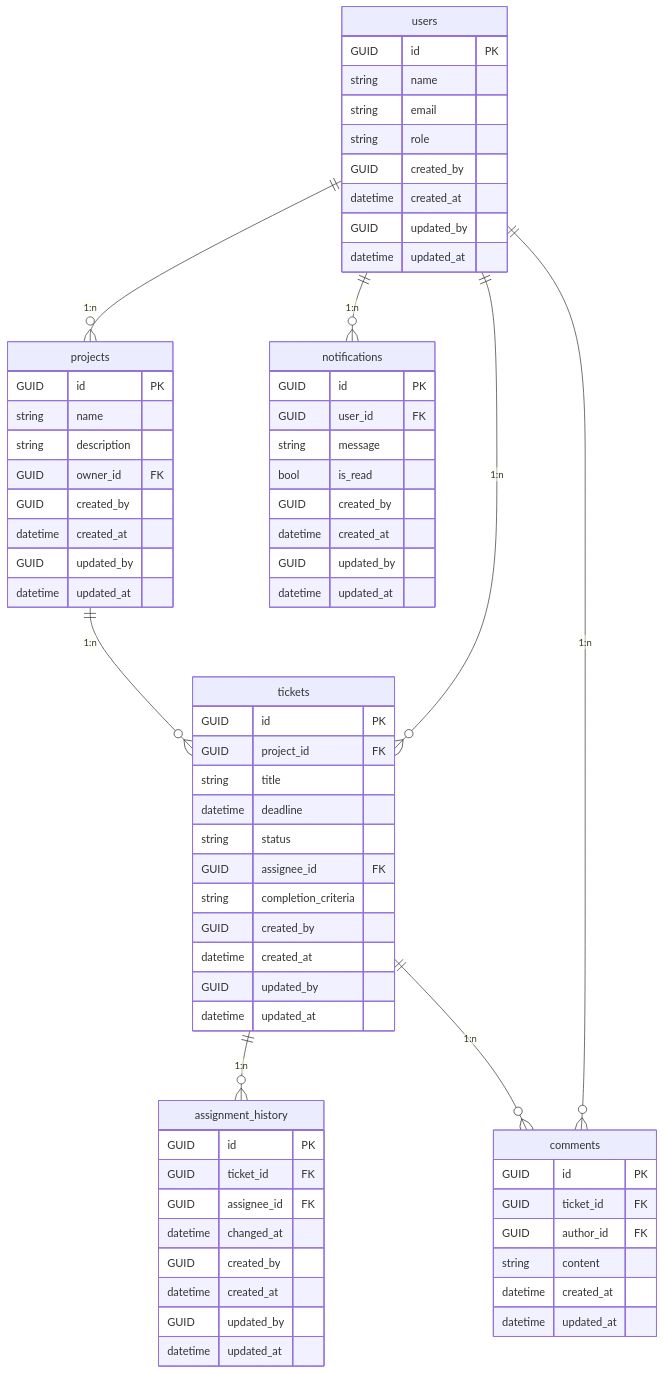
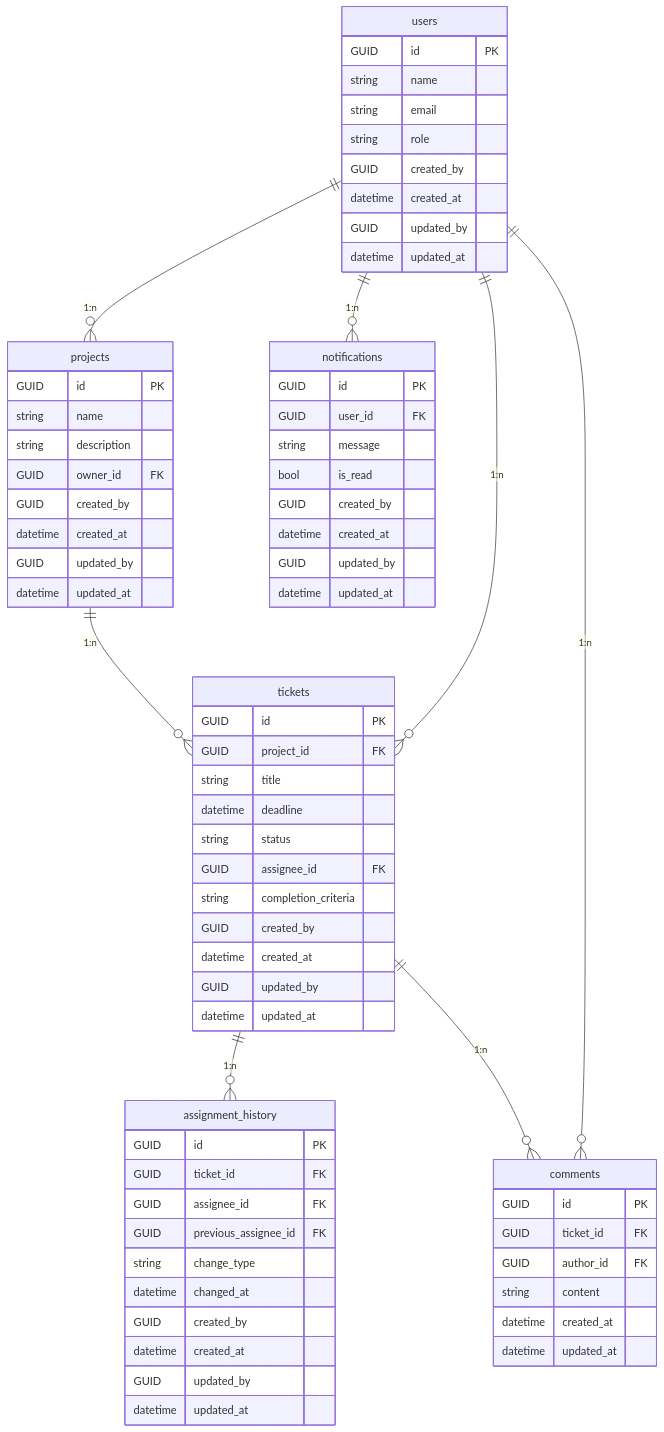
One commit to kuairen-227/pm-app-docs changed the diagram in 02.design/er-diagram.md. Above: the diagram before and after it, drawn with Mermaid. The commit also changed 1 other file, not shown here.

Commit message:
fix(design): :bug: アサイン履歴を監査ログ的な形に修正

````diff
--- a/02.design/er-diagram.md
+++ b/02.design/er-diagram.md
@@ -3,72 +3,74 @@
 ```mermaid
 erDiagram
     users {
         GUID id PK
         string name
         string email
         string role
         GUID created_by
         datetime created_at
         GUID updated_by
         datetime updated_at
     }
     projects {
         GUID id PK
         string name
         string description
         GUID owner_id FK
         GUID created_by
         datetime created_at
         GUID updated_by
         datetime updated_at
     }
     tickets {
         GUID id PK
         GUID project_id FK
         string title
         datetime deadline
         string status
         GUID assignee_id FK
         string completion_criteria
         GUID created_by
         datetime created_at
         GUID updated_by
         datetime updated_at
     }
     comments {
         GUID id PK
         GUID ticket_id FK
         GUID author_id FK
         string content
         datetime created_at
         datetime updated_at
     }
     assignment_history {
         GUID id PK
         GUID ticket_id FK
         GUID assignee_id FK
+        GUID previous_assignee_id FK
+        string change_type
         datetime changed_at
         GUID created_by
         datetime created_at
         GUID updated_by
         datetime updated_at
     }
     notifications {
         GUID id PK
         GUID user_id FK
         string message
         bool is_read
         GUID created_by
         datetime created_at
         GUID updated_by
         datetime updated_at
     }
 
     users ||--o{ projects : "1:n"
     projects ||--o{ tickets : "1:n"
     users ||--o{ tickets : "1:n"
     tickets ||--o{ assignment_history : "1:n"
     users ||--o{ notifications : "1:n"
     tickets ||--o{ comments : "1:n"
     users ||--o{ comments : "1:n"
 ```
````
